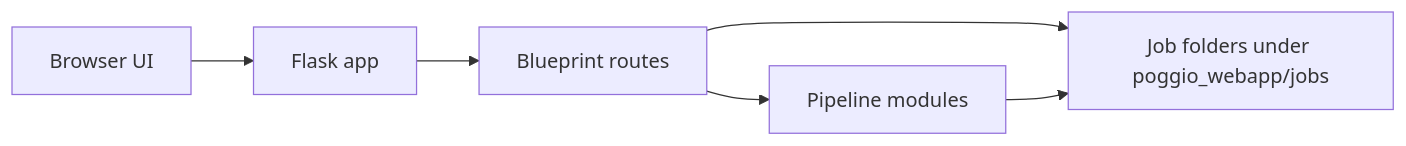
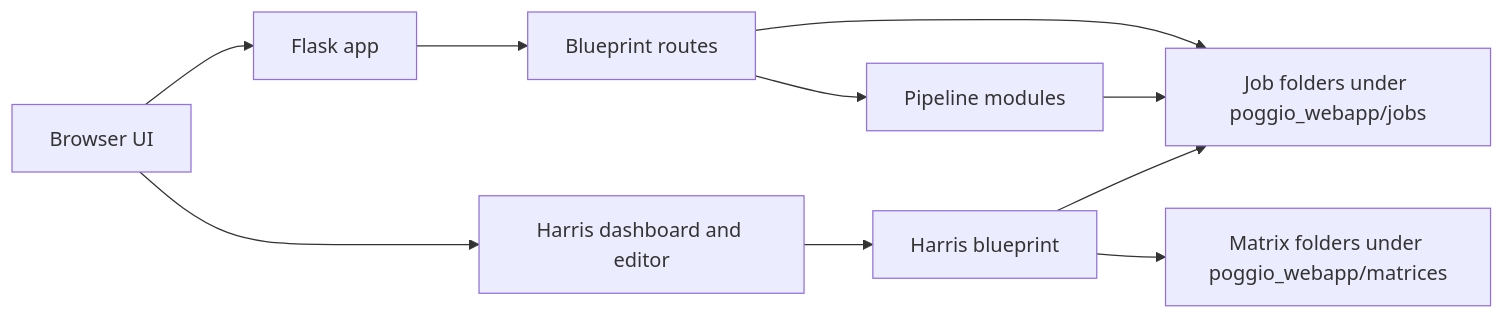
The diagram in docs/architecture/system-overview.md (jennarbates/StratigraphyGenerator), drawn with Mermaid before and after one commit. The commit also changed other lines of this file and 12 other files, not shown here.

````diff
--- a/docs/architecture/system-overview.md
+++ b/docs/architecture/system-overview.md
@@ -67,8 +82,12 @@
 ```mermaid
 flowchart LR
   Browser[Browser UI] --> App[Flask app]
   App --> Routes[Blueprint routes]
   Routes --> Pipeline[Pipeline modules]
   Routes --> Jobs[Job folders under poggio_webapp/jobs]
   Pipeline --> Jobs
+  Browser --> HarrisUI[Harris dashboard and editor]
+  HarrisUI --> HarrisRoutes[Harris blueprint]
+  HarrisRoutes --> Jobs
+  HarrisRoutes --> Matrices[Matrix folders under poggio_webapp/matrices]
 ```
````
